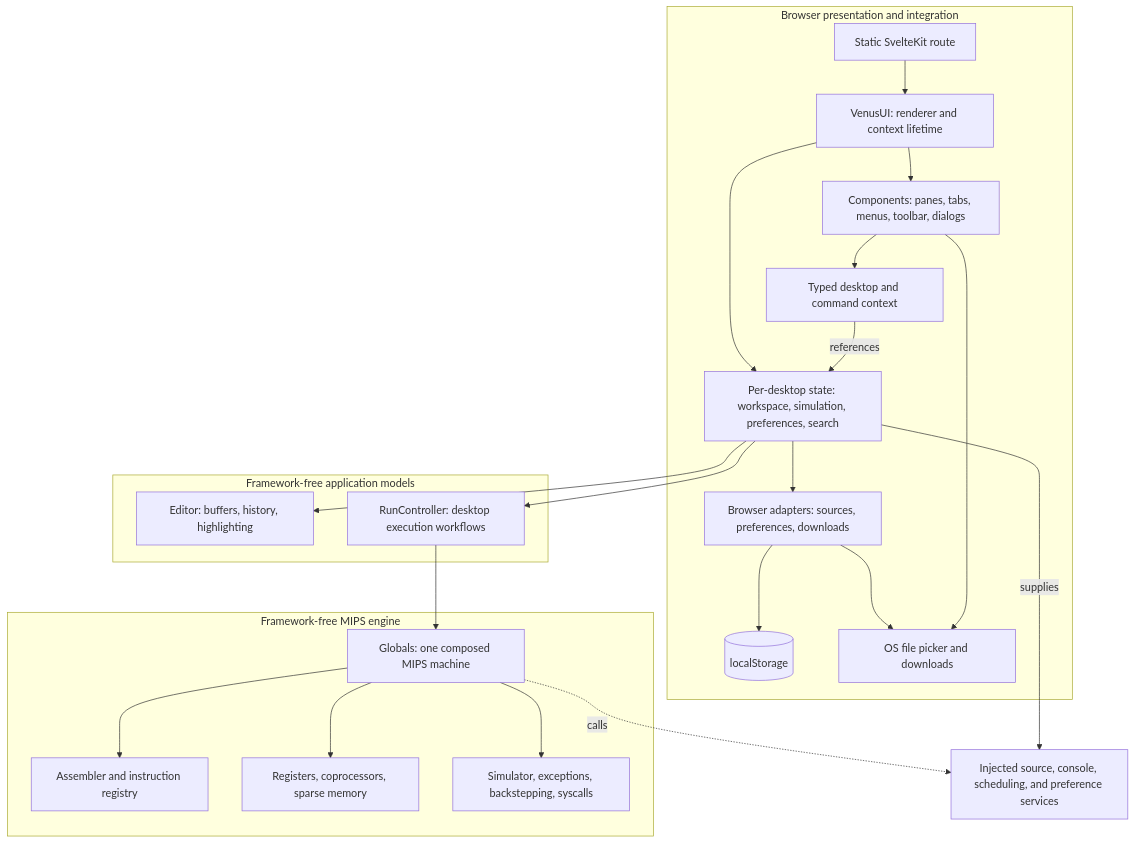
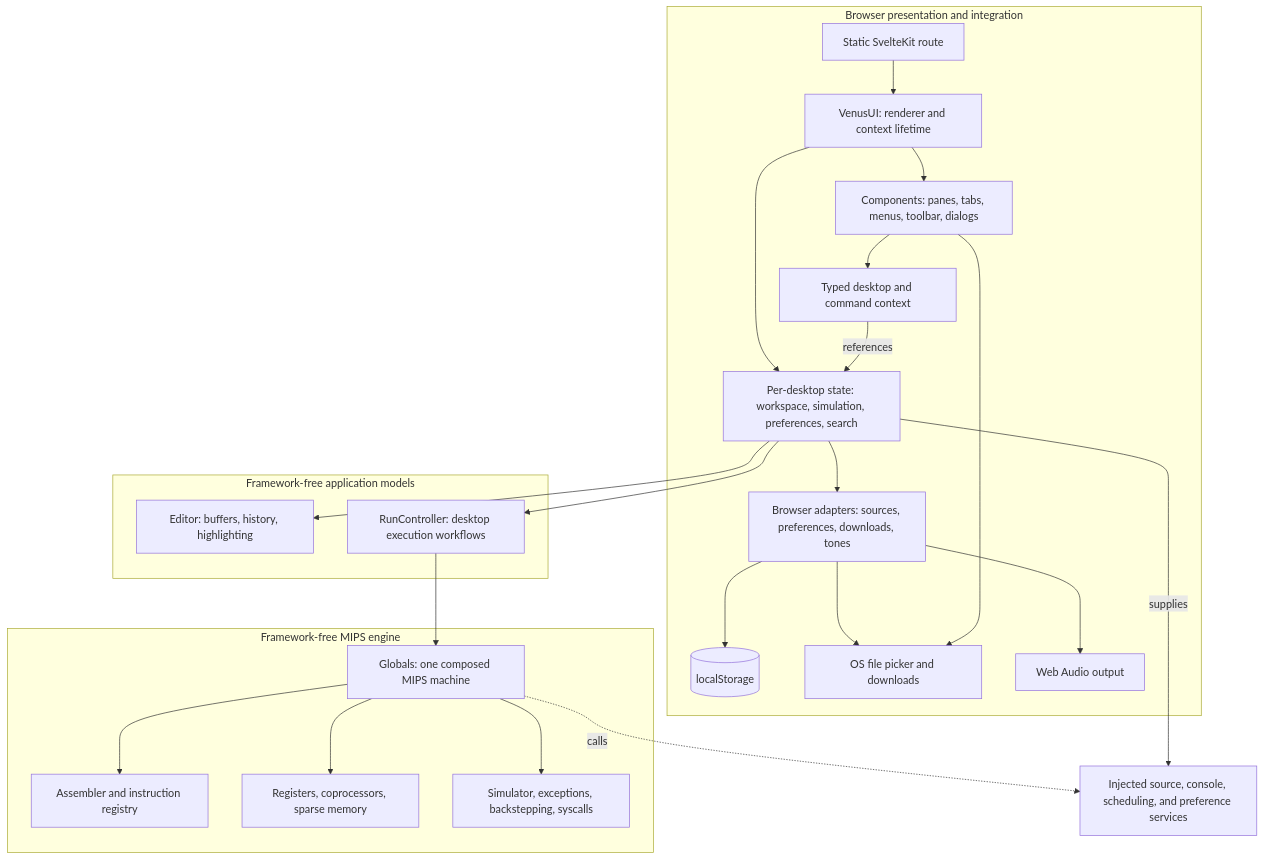
Before and after one commit to awpala/MARS-ts: the first of 5 diagrams in IMPLEMENTATION.md, drawn with Mermaid. The commit also changed other lines of this file and 47 other files, not shown here.

````diff
--- a/IMPLEMENTATION.md
+++ b/IMPLEMENTATION.md
@@ -63,29 +64,30 @@
 ```mermaid
 flowchart TB
     subgraph Browser["Browser presentation and integration"]
         Route["Static SvelteKit route"] --> Desktop["VenusUI: renderer and context lifetime"]
         Desktop --> Components["Components: panes, tabs, menus, toolbar, dialogs"]
         Desktop --> State["Per-desktop state: workspace, simulation, preferences, search"]
         Commands["Typed desktop and command context"] -->|references| State
         Components --> Commands
-        State --> Adapters["Browser adapters: sources, preferences, downloads"]
+        State --> Adapters["Browser adapters: sources, preferences, downloads, tones"]
         Adapters --> Storage[("localStorage")]
         Adapters --> Files["OS file picker and downloads"]
+        Adapters --> Audio["Web Audio output"]
         Components --> Files
     end
     subgraph Models["Framework-free application models"]
         Editor["Editor: buffers, history, highlighting"]
         Controller["RunController: desktop execution workflows"]
     end
     subgraph Core["Framework-free MIPS engine"]
         Engine["Globals: one composed MIPS machine"]
         Engine --> Assembly["Assembler and instruction registry"]
         Engine --> Hardware["Registers, coprocessors, sparse memory"]
         Engine --> Simulation["Simulator, exceptions, backstepping, syscalls"]
     end
     State --> Editor
     State --> Controller
     Controller --> Engine
     State -->|supplies| Host["Injected source, console, scheduling, and preference services"]
     Engine -.->|calls| Host
 ```
````
